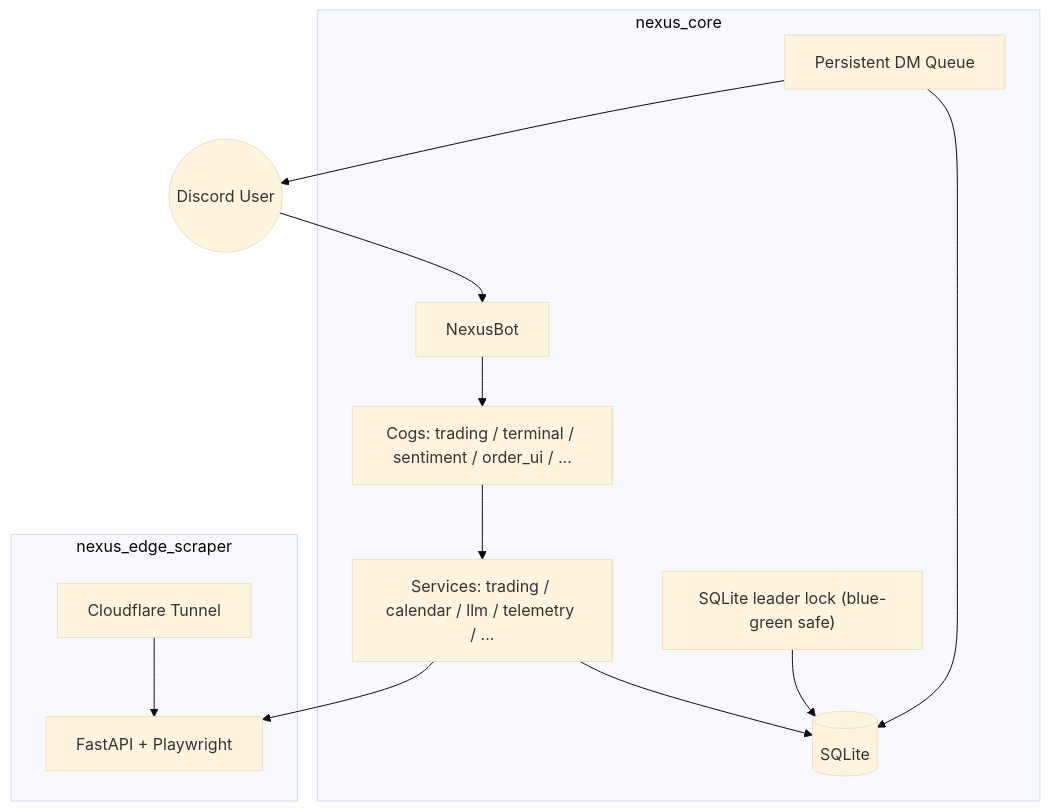
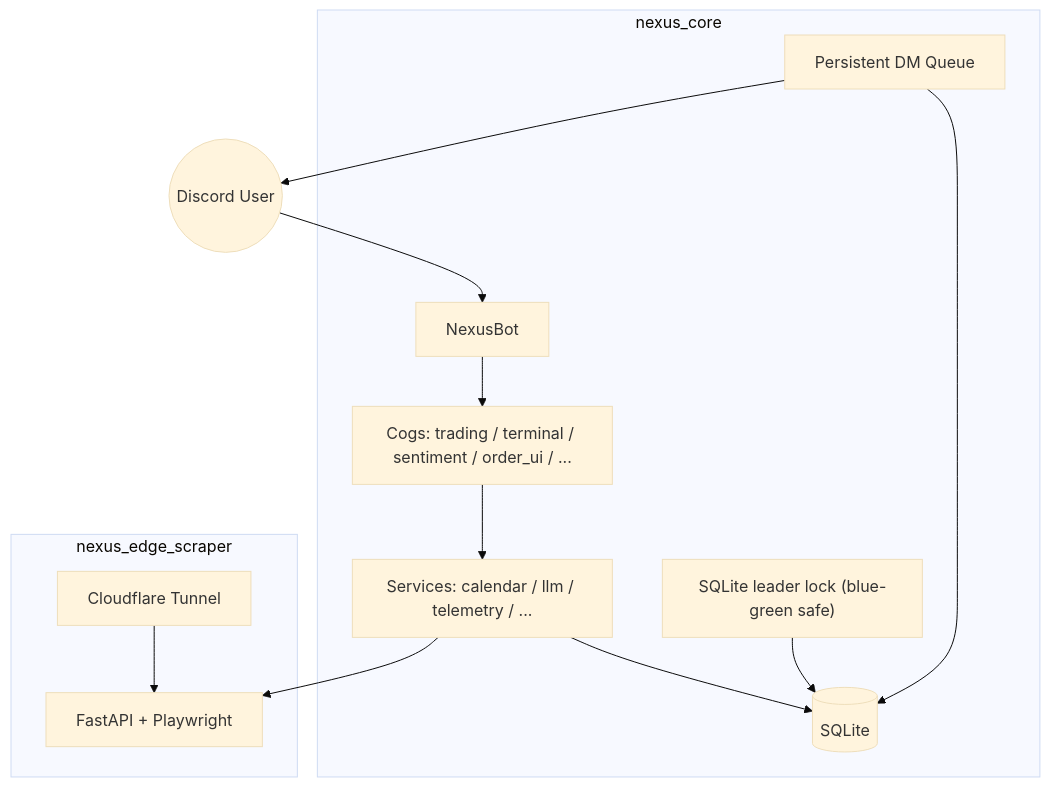
The diagram in README.md (cosmo-chang-1701/nexus-seeker), drawn with Mermaid (base theme) before and after one commit. The commit also changed other lines of this file, not shown here.

Commit message:
docs: update README.md to align with current architecture and quant logic

````diff
--- a/README.md
+++ b/README.md
@@ -49,29 +61,29 @@
 ```mermaid
 graph TD
     User((Discord User))
 
     subgraph Core["nexus_core"]
         Bot["NexusBot"]
         Cogs["Cogs: trading / terminal / sentiment / order_ui / ..."]
-        Services["Services: trading / calendar / llm / telemetry / ..."]
+        Services["Services: calendar / llm / telemetry / ..."]
         Queue["Persistent DM Queue"]
         Leader["SQLite leader lock (blue-green safe)"]
         DB[(SQLite)]
     end
 
     subgraph Edge["nexus_edge_scraper"]
         EdgeAPI["FastAPI + Playwright"]
         Tunnel["Cloudflare Tunnel"]
     end
 
     User --> Bot
     Bot --> Cogs
     Cogs --> Services
     Services --> DB
     Queue --> DB
     Leader --> DB
     Queue --> User
 
     Services --> EdgeAPI
     Tunnel --> EdgeAPI
 ```
````
